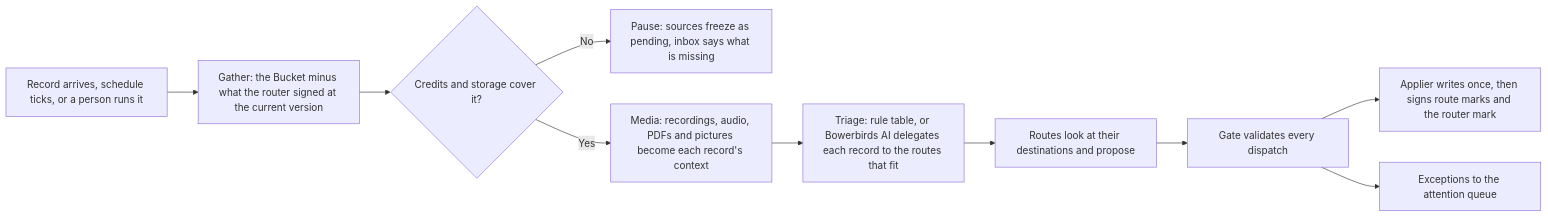
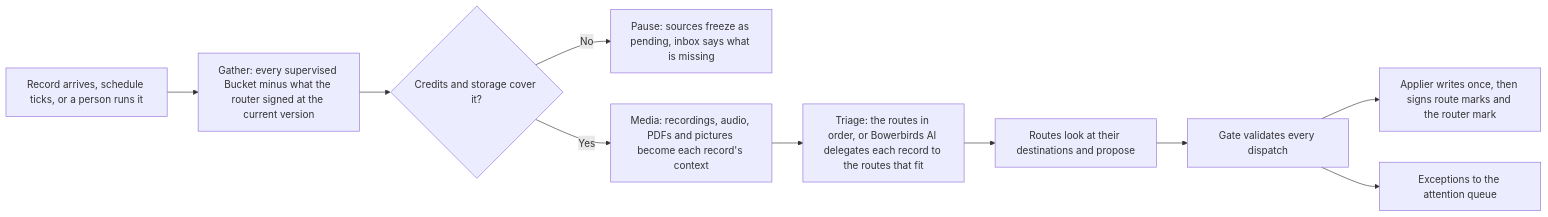
One commit to filetelierb/bowerbirds-public-docs changed the diagram in cloud/routers.mdx. Above: the diagram before and after it, drawn with Mermaid. The commit also changed other lines of this file and 8 other files, not shown here.

````diff
--- a/cloud/routers.mdx
+++ b/cloud/routers.mdx
@@ -105,12 +115,12 @@
 ```mermaid
 graph LR
-  A[Record arrives, schedule ticks, or a person runs it] --> G[Gather: the Bucket minus what the router signed at the current version]
+  A[Record arrives, schedule ticks, or a person runs it] --> G[Gather: every supervised Bucket minus what the router signed at the current version]
   G --> C{Credits and storage cover it?}
   C -->|No| P[Pause: sources freeze as pending, inbox says what is missing]
   C -->|Yes| M[Media: recordings, audio, PDFs and pictures become each record's context]
-  M --> T[Triage: rule table, or Bowerbirds AI delegates each record to the routes that fit]
+  M --> T[Triage: the routes in order, or Bowerbirds AI delegates each record to the routes that fit]
   T --> R[Routes look at their destinations and propose]
   R --> K[Gate validates every dispatch]
   K --> W[Applier writes once, then signs route marks and the router mark]
   K --> Q[Exceptions to the attention queue]
 ```
````
